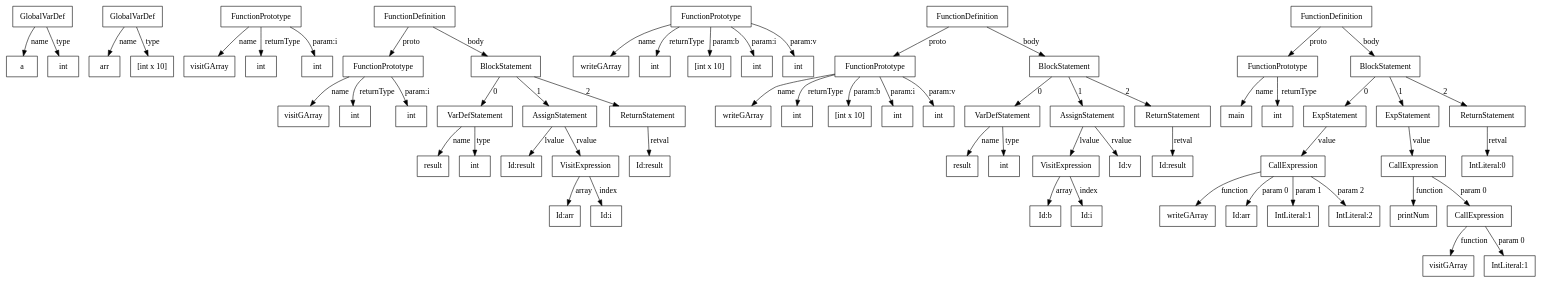
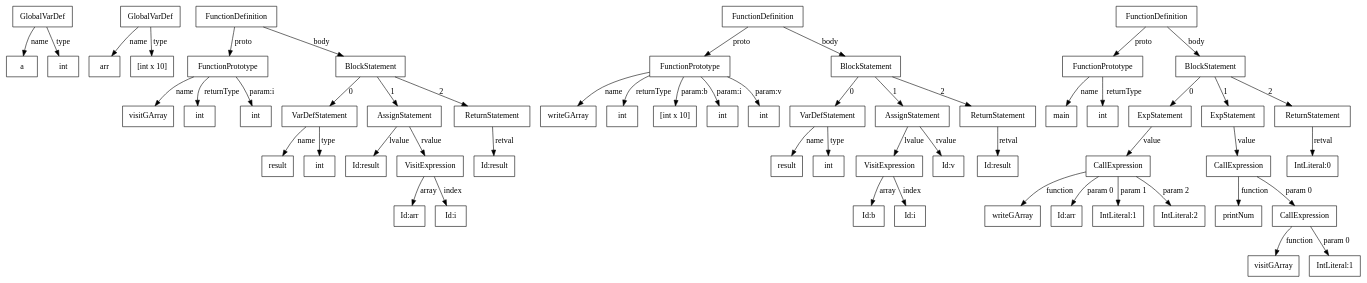
One commit to SuperABC/SGS changed the diagram in SGS/test4.gv. Above: the diagram before and after it, drawn with Graphviz. The commit also changed 6 other files, not shown here.

Commit message:
fix duplicated function prototype

```diff
--- a/SGS/test4.gv
+++ b/SGS/test4.gv
@@ -1,135 +1,117 @@
 digraph g {
 node[shape = box, fontname = "Fira Code Light"]
 edge[fontname = "Fira Code Light", splines = line]
-56463552 [label="GlobalVarDef"]
-56463552 -> 1 [label="name"]
+60919680 [label="GlobalVarDef"]
+60919680 -> 1 [label="name"]
 1 [label="a"]
-56463552 -> 2 [label="type"]
+60919680 -> 2 [label="type"]
 2 [label="int"]
-56464168 [label="GlobalVarDef"]
-56464168 -> 3 [label="name"]
+60919768 [label="GlobalVarDef"]
+60919768 -> 3 [label="name"]
 3 [label="arr"]
-56464168 -> 4 [label="type"]
+60919768 -> 4 [label="type"]
 4 [label="[int x 10]"]
-56498816 [label="FunctionPrototype"]
-56498816 -> 5 [label="name"]
+60936200 [label="FunctionDefinition"]
+60936200 -> 60954872 [label="proto"]
+60936200 -> 60892992 [label="body"]
+60954872 [label="FunctionPrototype"]
+60954872 -> 5 [label="name"]
 5 [label="visitGArray"]
-56498816 -> 6 [label="returnType"]
+60954872 -> 6 [label="returnType"]
 6 [label="int"]
-56498816 -> 7 [label="param:i"]
+60954872 -> 7 [label="param:i"]
 7 [label="int"]
-56479752 [label="FunctionDefinition"]
-56479752 -> 56498296 [label="proto"]
-56479752 -> 56438472 [label="body"]
-56498296 [label="FunctionPrototype"]
-56498296 -> 8 [label="name"]
-8 [label="visitGArray"]
-56498296 -> 9 [label="returnType"]
+60892992 [label="BlockStatement"]
+60892992 -> 60961400 [label=0]
+60892992 -> 60936840 [label=1]
+60892992 -> 60936136 [label=2]
+60961400 [label="VarDefStatement"]
+60961400 -> 8 [label="name"]
+8 [label="result"]
+60961400 -> 9 [label="type"]
 9 [label="int"]
-56498296 -> 10 [label="param:i"]
-10 [label="int"]
-56438472 [label="BlockStatement"]
-56438472 -> 56507208 [label=0]
-56438472 -> 56480456 [label=1]
-56438472 -> 56480520 [label=2]
-56507208 [label="VarDefStatement"]
-56507208 -> 11 [label="name"]
-11 [label="result"]
-56507208 -> 12 [label="type"]
-12 [label="int"]
-56480456 [label="AssignStatement"]
-56480456 -> 56513568 [label="lvalue"]
-56480456 -> 56480328 [label="rvalue"]
-56513568 [label="Id:result"]
-56480328 [label="VisitExpression"]
-56480328 -> 56464432 [label="array"]
-56464432 [label="Id:arr"]
-56480328 -> 56513216 [label="index"]
-56513216 [label="Id:i"]
-56480520 [label="ReturnStatement"]
-56480520 -> 56515240 [label="retval"]
-56515240 [label="Id:result"]
-56498920 [label="FunctionPrototype"]
-56498920 -> 13 [label="name"]
-13 [label="writeGArray"]
-56498920 -> 14 [label="returnType"]
+60936840 [label="AssignStatement"]
+60936840 -> 60962976 [label="lvalue"]
+60936840 -> 60936904 [label="rvalue"]
+60962976 [label="Id:result"]
+60936904 [label="VisitExpression"]
+60936904 -> 60919856 [label="array"]
+60919856 [label="Id:arr"]
+60936904 -> 60965616 [label="index"]
+60965616 [label="Id:i"]
+60936136 [label="ReturnStatement"]
+60936136 -> 60964472 [label="retval"]
+60964472 [label="Id:result"]
+60937544 [label="FunctionDefinition"]
+60937544 -> 60955392 [label="proto"]
+60937544 -> 60893208 [label="body"]
+60955392 [label="FunctionPrototype"]
+60955392 -> 10 [label="name"]
+10 [label="writeGArray"]
+60955392 -> 11 [label="returnType"]
+11 [label="int"]
+60955392 -> 12 [label="param:b"]
+12 [label="[int x 10]"]
+60955392 -> 13 [label="param:i"]
+13 [label="int"]
+60955392 -> 14 [label="param:v"]
 14 [label="int"]
-56498920 -> 15 [label="param:b"]
-15 [label="[int x 10]"]
-56498920 -> 16 [label="param:i"]
+60893208 [label="BlockStatement"]
+60893208 -> 60961688 [label=0]
+60893208 -> 60937864 [label=1]
+60893208 -> 60937480 [label=2]
+60961688 [label="VarDefStatement"]
+60961688 -> 15 [label="name"]
+15 [label="result"]
+60961688 -> 16 [label="type"]
 16 [label="int"]
-56498920 -> 17 [label="param:v"]
-17 [label="int"]
-56480264 [label="FunctionDefinition"]
-56480264 -> 56498400 [label="proto"]
-56480264 -> 56436816 [label="body"]
-56498400 [label="FunctionPrototype"]
-56498400 -> 18 [label="name"]
-18 [label="writeGArray"]
-56498400 -> 19 [label="returnType"]
-19 [label="int"]
-56498400 -> 20 [label="param:b"]
-20 [label="[int x 10]"]
-56498400 -> 21 [label="param:i"]
-21 [label="int"]
-56498400 -> 22 [label="param:v"]
-22 [label="int"]
-56436816 [label="BlockStatement"]
-56436816 -> 56506344 [label=0]
-56436816 -> 56480136 [label=1]
-56436816 -> 56480584 [label=2]
-56506344 [label="VarDefStatement"]
-56506344 -> 23 [label="name"]
-23 [label="result"]
-56506344 -> 24 [label="type"]
-24 [label="int"]
-56480136 [label="AssignStatement"]
-56480136 -> 56480200 [label="lvalue"]
-56480136 -> 56513128 [label="rvalue"]
-56480200 [label="VisitExpression"]
-56480200 -> 56514976 [label="array"]
-56514976 [label="Id:b"]
-56480200 -> 56513920 [label="index"]
-56513920 [label="Id:i"]
-56513128 [label="Id:v"]
-56480584 [label="ReturnStatement"]
-56480584 -> 56514888 [label="retval"]
-56514888 [label="Id:result"]
-56481736 [label="FunctionDefinition"]
-56481736 -> 56497880 [label="proto"]
-56481736 -> 56518776 [label="body"]
-56497880 [label="FunctionPrototype"]
-56497880 -> 25 [label="name"]
-25 [label="main"]
-56497880 -> 26 [label="returnType"]
-26 [label="int"]
-56518776 [label="BlockStatement"]
-56518776 -> 56479624 [label=0]
-56518776 -> 56481352 [label=1]
-56518776 -> 56482440 [label=2]
-56479624 [label="ExpStatement"]
-56479624 -> 56497984 [label="value"]
-56497984 [label="CallExpression"]
-56497984 -> 27 [label="function"]
-27 [label="writeGArray"]
-56497984 -> 56512864 [label="param 0"]
-56512864 [label="Id:arr"]
-56497984 -> 56479176 [label="param 1"]
-56479176 [label="IntLiteral:1"]
-56497984 -> 56479432 [label="param 2"]
-56479432 [label="IntLiteral:2"]
-56481352 [label="ExpStatement"]
-56481352 -> 56498504 [label="value"]
-56498504 [label="CallExpression"]
-56498504 -> 28 [label="function"]
-28 [label="printNum"]
-56498504 -> 56499024 [label="param 0"]
-56499024 [label="CallExpression"]
-56499024 -> 29 [label="function"]
-29 [label="visitGArray"]
-56499024 -> 56481288 [label="param 0"]
-56481288 [label="IntLiteral:1"]
-56482440 [label="ReturnStatement"]
-56482440 -> 56481928 [label="retval"]
-56481928 [label="IntLiteral:0"]
+60937864 [label="AssignStatement"]
+60937864 -> 60936520 [label="lvalue"]
+60937864 -> 60963064 [label="rvalue"]
+60936520 [label="VisitExpression"]
+60936520 -> 60965264 [label="array"]
+60965264 [label="Id:b"]
+60936520 -> 60963944 [label="index"]
+60963944 [label="Id:i"]
+60963064 [label="Id:v"]
+60937480 [label="ReturnStatement"]
+60937480 -> 60965176 [label="retval"]
+60965176 [label="Id:result"]
+60934984 [label="FunctionDefinition"]
+60934984 -> 60954560 [label="proto"]
+60934984 -> 60891264 [label="body"]
+60954560 [label="FunctionPrototype"]
+60954560 -> 17 [label="name"]
+17 [label="main"]
+60954560 -> 18 [label="returnType"]
+18 [label="int"]
+60891264 [label="BlockStatement"]
+60891264 -> 60935688 [label=0]
+60891264 -> 60936008 [label=1]
+60891264 -> 60935496 [label=2]
+60935688 [label="ExpStatement"]
+60935688 -> 60955496 [label="value"]
+60955496 [label="CallExpression"]
+60955496 -> 19 [label="function"]
+19 [label="writeGArray"]
+60955496 -> 60963152 [label="param 0"]
+60963152 [label="Id:arr"]
+60955496 -> 60934280 [label="param 1"]
+60934280 [label="IntLiteral:1"]
+60955496 -> 60935112 [label="param 2"]
+60935112 [label="IntLiteral:2"]
+60936008 [label="ExpStatement"]
+60936008 -> 60954664 [label="value"]
+60954664 [label="CallExpression"]
+60954664 -> 20 [label="function"]
+20 [label="printNum"]
+60954664 -> 60955600 [label="param 0"]
+60955600 [label="CallExpression"]
+60955600 -> 21 [label="function"]
+21 [label="visitGArray"]
+60955600 -> 60934088 [label="param 0"]
+60934088 [label="IntLiteral:1"]
+60935496 [label="ReturnStatement"]
+60935496 -> 60934408 [label="retval"]
+60934408 [label="IntLiteral:0"]
 }
```
